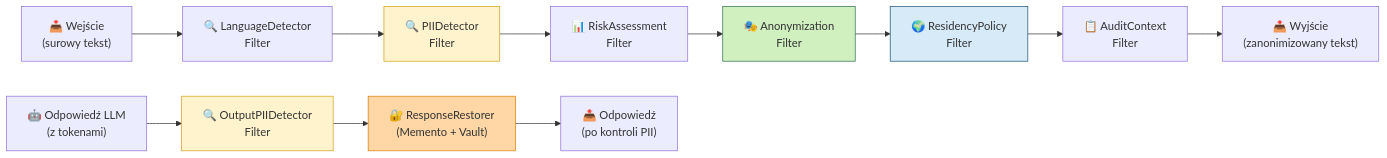
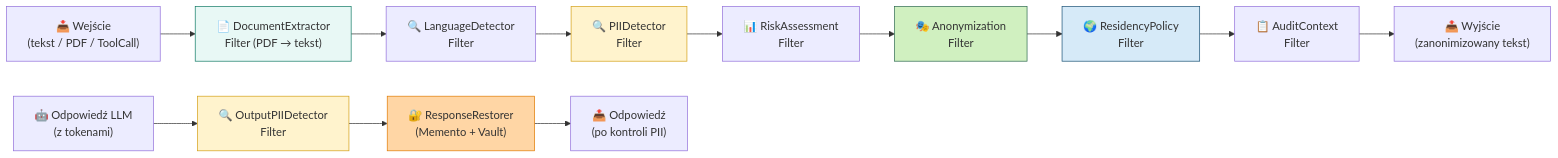
One commit to gniewekk/Privacy-Preserving-Context-Pipeline-for-LLMs-DP changed the second of 14 diagrams in ARCHITECTURE.md. Above: the diagram before and after it, drawn with Mermaid. The commit also changed other lines of this file, not shown here.

````diff
--- a/ARCHITECTURE.md
+++ b/ARCHITECTURE.md
@@ -115,20 +115,22 @@
 ```mermaid
 flowchart LR
-    IN["📥 Wejście\n(surowy tekst)"] --> F1
+    IN["📥 Wejście\n(tekst / PDF / ToolCall)"] --> F0
+    F0["📄 DocumentExtractor\nFilter (PDF → tekst)"] --> F1
     F1["🔍 LanguageDetector\nFilter"] --> F2
     F2["🔍 PIIDetector\nFilter"] --> F3
     F3["📊 RiskAssessment\nFilter"] --> F4
     F4["🎭 Anonymization\nFilter"] --> F5
     F5["🌍 ResidencyPolicy\nFilter"] --> F6
     F6["📋 AuditContext\nFilter"] --> OUT["📤 Wyjście\n(zanonimizowany tekst)"]
 
     LLM["🤖 Odpowiedź LLM\n(z tokenami)"] --> OF1
     OF1["🔍 OutputPIIDetector\nFilter"] --> OF2["🔐 ResponseRestorer\n(Memento + Vault)"]
     OF2 --> OOUT["📤 Odpowiedź\n(po kontroli PII)"]
 
+    style F0 fill:#e8f8f5,stroke:#117a65
     style F2 fill:#fff3cd,stroke:#d4a017
     style F4 fill:#d0f0c0,stroke:#2d6a4f
     style F5 fill:#d6eaf8,stroke:#1a5276
     style OF1 fill:#fff3cd,stroke:#d4a017
     style OF2 fill:#ffd6a5,stroke:#e07a00
 ```
````
